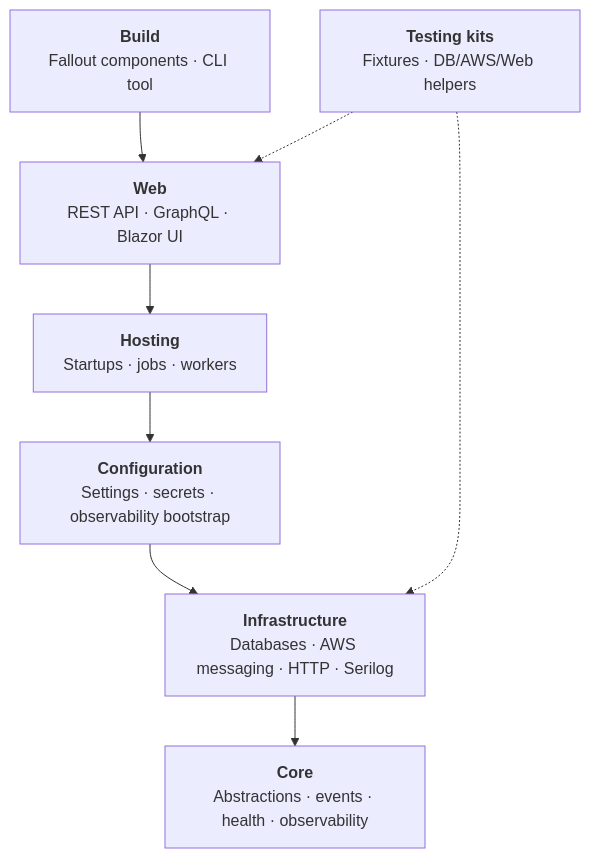
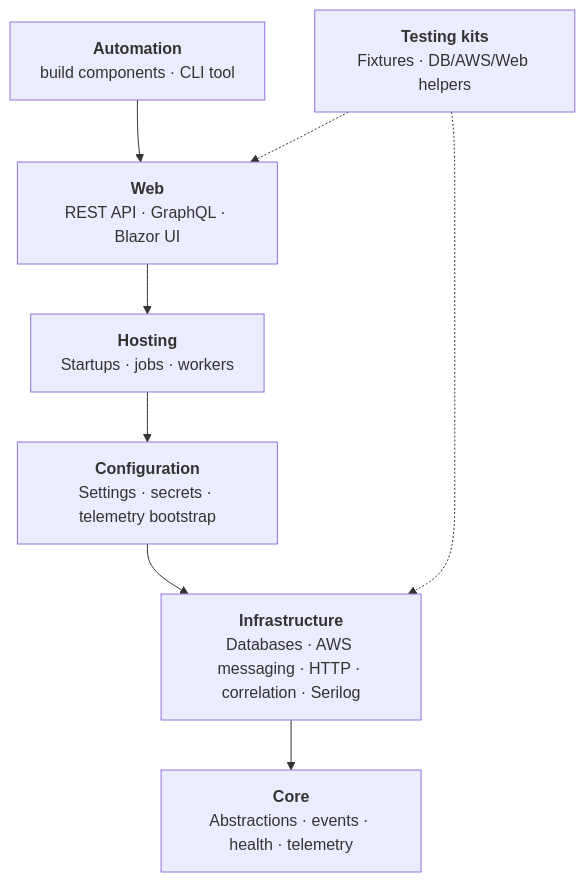
The second of 2 diagrams in docs/README.md (anarchy-io/anarchy-toolkit), drawn with Mermaid before and after one commit. The commit also changed other lines of this file and 111 other files, not shown here.

First line of the commit message:
docs(onboarding): Align package guidance, skills, and architecture

````diff
--- a/docs/README.md
+++ b/docs/README.md
@@ -60,14 +60,14 @@
 ```mermaid
 flowchart TB
-    Build["<b>Build</b><br/>Fallout components · CLI tool"]
+    Build["<b>Automation</b><br/>build components · CLI tool"]
     Web["<b>Web</b><br/>REST API · GraphQL · Blazor UI"]
     Hosting["<b>Hosting</b><br/>Startups · jobs · workers"]
-    Configuration["<b>Configuration</b><br/>Settings · secrets · observability bootstrap"]
-    Infrastructure["<b>Infrastructure</b><br/>Databases · AWS messaging · HTTP · Serilog"]
-    Core["<b>Core</b><br/>Abstractions · events · health · observability"]
+    Configuration["<b>Configuration</b><br/>Settings · secrets · telemetry bootstrap"]
+    Infrastructure["<b>Infrastructure</b><br/>Databases · AWS messaging · HTTP · correlation · Serilog"]
+    Core["<b>Core</b><br/>Abstractions · events · health · telemetry"]
     Testing["<b>Testing kits</b><br/>Fixtures · DB/AWS/Web helpers"]
 
     Build --> Web --> Hosting --> Configuration --> Infrastructure --> Core
     Testing -.-> Web
     Testing -.-> Infrastructure
 ```
````
